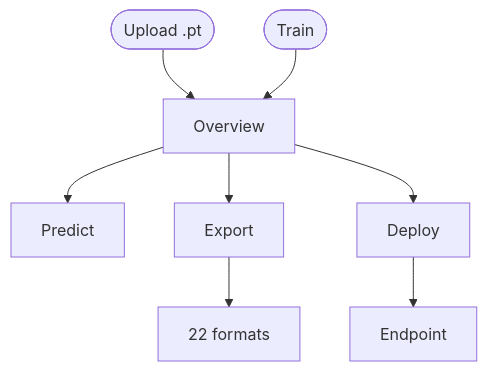
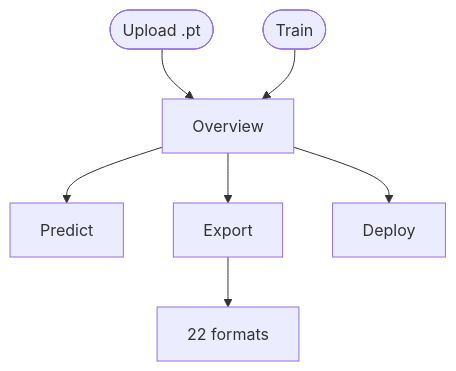
The first of 2 diagrams in docs/en/platform/train/models.md (ultralytics/ultralytics), drawn with Mermaid before and after one commit. The commit also changed 6 other files, not shown here.

First line of the commit message:
Fit Mermaid diagrams to phone width in the site renderer

````diff
--- a/docs/en/platform/train/models.md
+++ b/docs/en/platform/train/models.md
@@ -56,10 +56,9 @@
 ```mermaid
 flowchart TD
     A([Upload .pt]) --> C[Overview]
     B([Train]) --> C
     C --> D[Predict]
     C --> E[Export]
     C --> F[Deploy]
     E --> G[22 formats]
-    F --> H[Endpoint]
 ```
````
